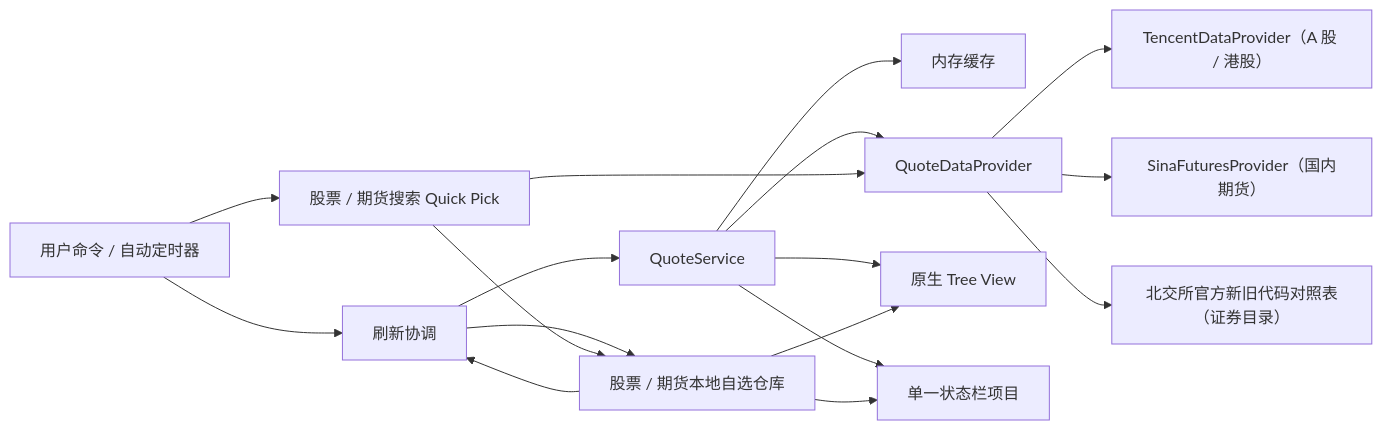
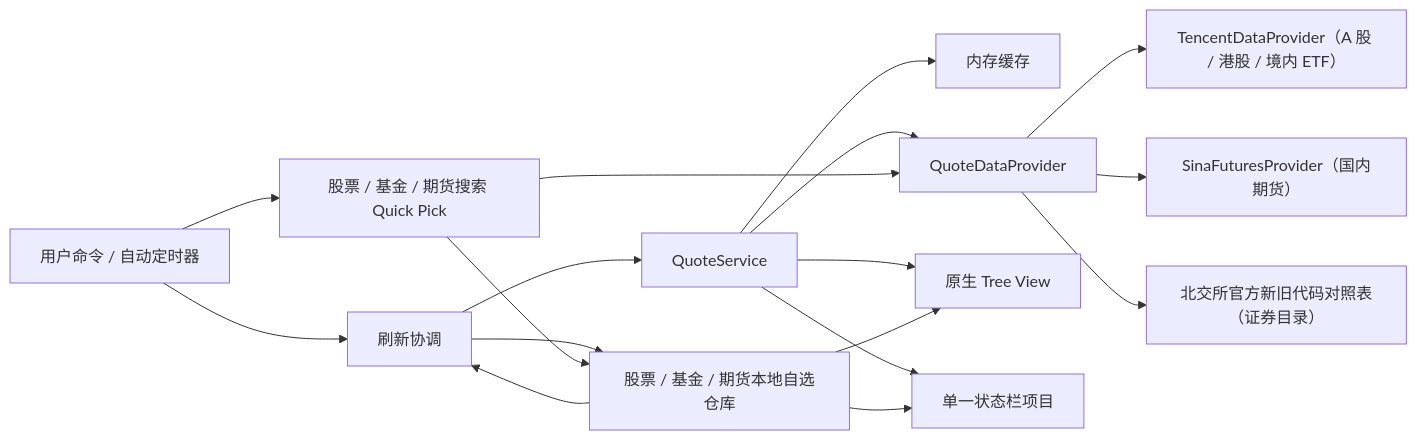
One commit to JSbiu/FishStock changed the diagram in docs/architecture.md. Above: the diagram before and after it, drawn with Mermaid. The commit also changed other lines of this file and 20 other files, not shown here.

````diff
--- a/docs/architecture.md
+++ b/docs/architecture.md
@@ -36,19 +37,19 @@
 ```mermaid
 flowchart LR
     U["用户命令 / 自动定时器"] --> R["刷新协调"]
-    R --> W["股票 / 期货本地自选仓库"]
+    R --> W["股票 / 基金 / 期货本地自选仓库"]
     W --> R
     R --> Q["QuoteService"]
     Q --> C["内存缓存"]
     Q --> P["QuoteDataProvider"]
-    P --> M["TencentDataProvider（A 股 / 港股）"]
+    P --> M["TencentDataProvider（A 股 / 港股 / 境内 ETF）"]
     P --> F["SinaFuturesProvider（国内期货）"]
     P --> B["北交所官方新旧代码对照表（证券目录）"]
-    U --> A["股票 / 期货搜索 Quick Pick"]
+    U --> A["股票 / 基金 / 期货搜索 Quick Pick"]
     A --> P
     A --> W
     Q --> T["原生 Tree View"]
     Q --> S["单一状态栏项目"]
     W --> T
     W --> S
 ```
````
